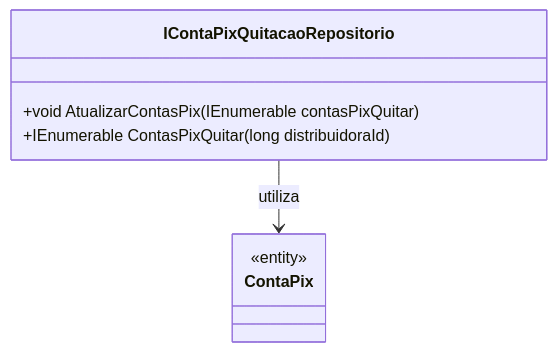
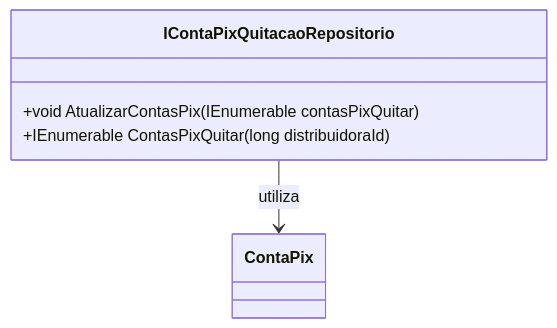
One commit to IsthmusSistemas/documentacao-tecnica changed the diagram in docs/b2b-dominio/IsthmusWinthor.Nucleo/IsthmusWinthor.Dominio/Interfaces/IContaPixQuitacaoRepositorio.md. Above: the diagram before and after it, drawn with Mermaid. The commit also changed other lines of this file and 882 other files, not shown here.

````diff
--- a/docs/b2b-dominio/IsthmusWinthor.Nucleo/IsthmusWinthor.Dominio/Interfaces/IContaPixQuitacaoRepositorio.md
+++ b/docs/b2b-dominio/IsthmusWinthor.Nucleo/IsthmusWinthor.Dominio/Interfaces/IContaPixQuitacaoRepositorio.md
@@ -36,11 +34,10 @@
 ```mermaid
 classDiagram
     class IContaPixQuitacaoRepositorio {
         +void AtualizarContasPix(IEnumerable<ContaPix> contasPixQuitar)
         +IEnumerable<ContaPix> ContasPixQuitar(long distribuidoraId)
     }
     class ContaPix {
-        <<entity>>
     }
     IContaPixQuitacaoRepositorio --> ContaPix : utiliza
 ```
````
